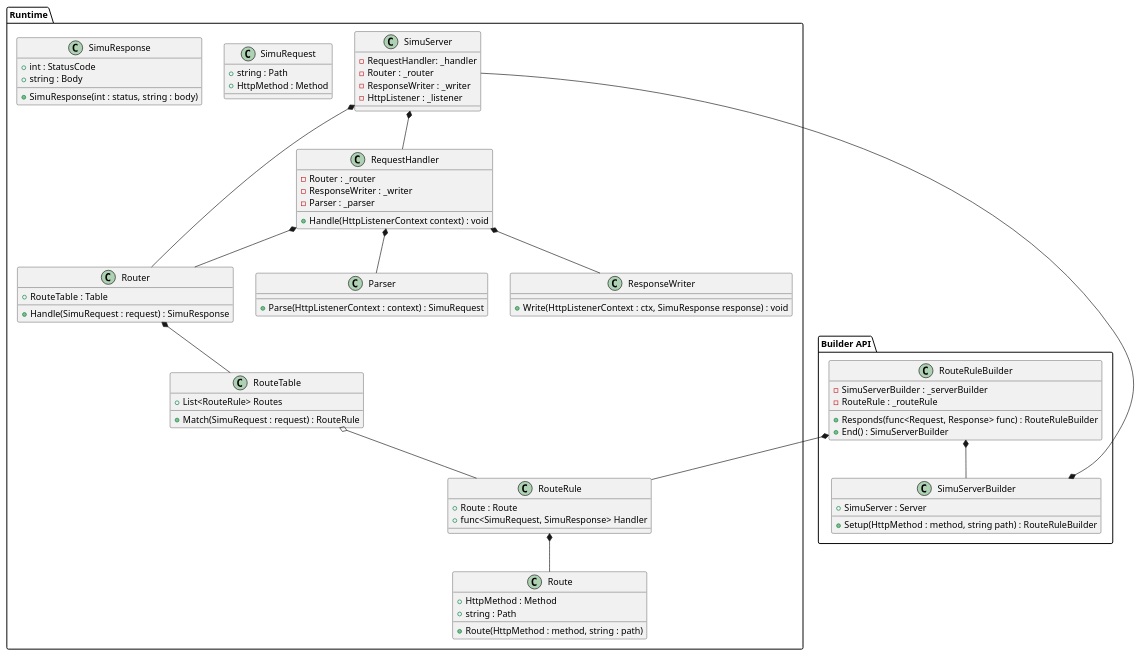
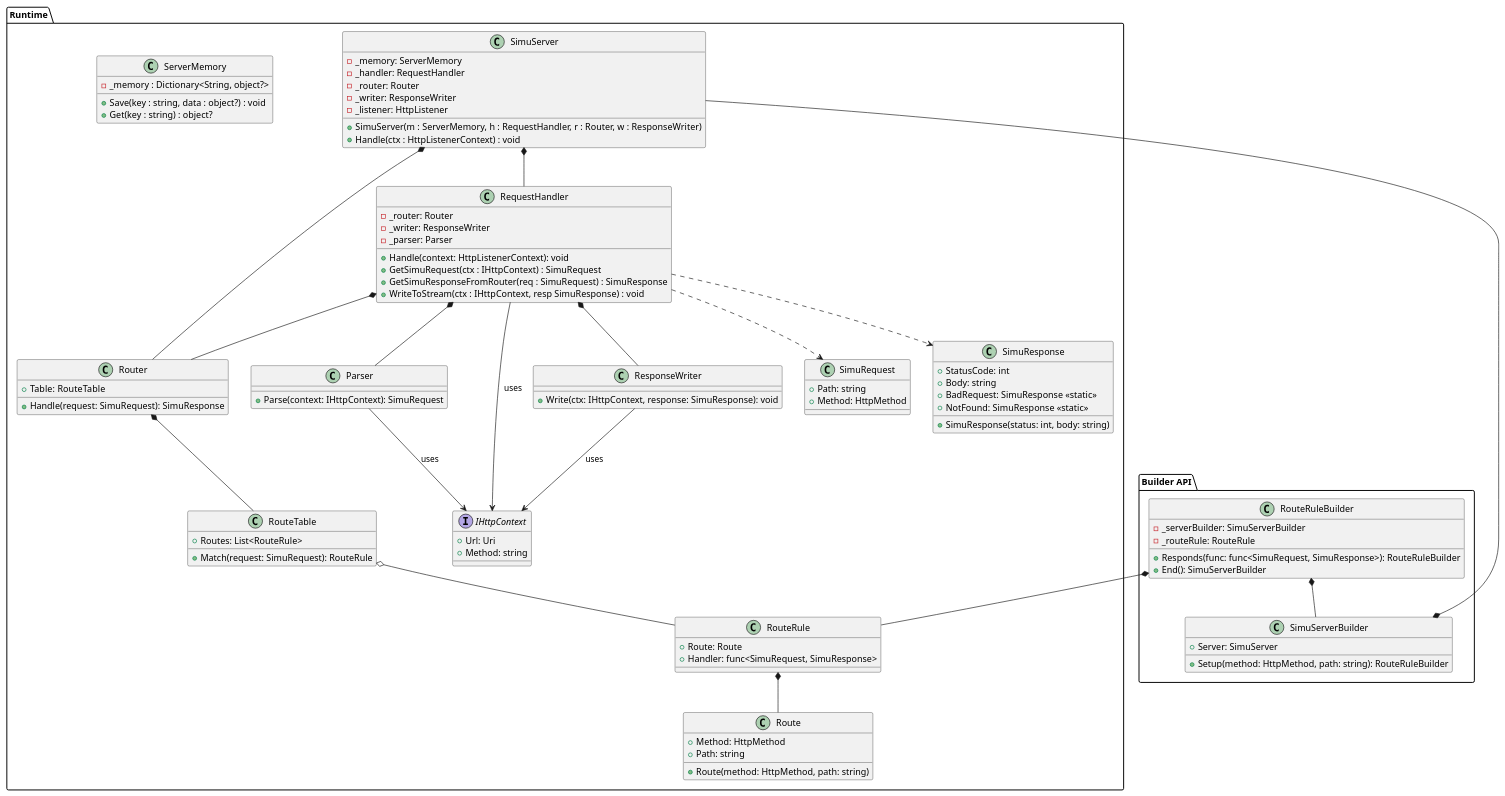
Before and after one commit to Addurezz/SimuRest: the diagram in SimuRest.Core/docs/Class.puml, drawn with PlantUML.

```diff
--- a/SimuRest.Core/docs/Class.puml
+++ b/SimuRest.Core/docs/Class.puml
@@ -1,100 +1,126 @@
 @startuml
 'https://plantuml.com/class-diagram
 
-top to bottom direction
 
 package "Runtime" {
     class SimuServer {
-        - RequestHandler: _handler
-        - Router : _router
-        - ResponseWriter : _writer
-        - HttpListener : _listener
+        - _memory: ServerMemory
+        - _handler: RequestHandler
+        - _router: Router
+        - _writer: ResponseWriter
+        - _listener: HttpListener
+        
+        + SimuServer(m : ServerMemory, h : RequestHandler, r : Router, w : ResponseWriter)
+        + Handle(ctx : HttpListenerContext) : void
+    }
+    
+    class SimuRequest {
+        + Path: string
+        + Method: HttpMethod
+    }
+    class SimuResponse {
+        + StatusCode: int
+        + Body: string
+        + BadRequest: SimuResponse <<static>> 
+        + NotFound: SimuResponse <<static>> 
+        
+        + SimuResponse(status: int, body: string)
     }
     
     class Router {
-        + RouteTable : Table
+        + Table: RouteTable
     
-        + Handle(SimuRequest : request) : SimuResponse
+        + Handle(request: SimuRequest): SimuResponse
     }
     
     class RouteTable {
-        + List<RouteRule> Routes
+        + Routes: List<RouteRule>
         
-        + Match(SimuRequest : request) : RouteRule
+        + Match(request: SimuRequest): RouteRule
     }
     
     class Route {
-        + HttpMethod : Method
-        + string : Path
+        + Method: HttpMethod
+        + Path: string
         
-        + Route(HttpMethod : method, string : path)
+        + Route(method: HttpMethod, path: string)
     }
     
     class RouteRule {
-        + Route : Route
-        + func<SimuRequest, SimuResponse> Handler
+        + Route: Route
+        + Handler: func<SimuRequest, SimuResponse>
     }
     
     
-    class SimuRequest {
-        + string : Path
-        + HttpMethod : Method
-    }
+    class RequestHandler {
+        - _router: Router
+        - _writer: ResponseWriter
+        - _parser: Parser
     
-    class RequestHandler {
-        - Router : _router
-        - ResponseWriter : _writer
-        - Parser : _parser
-    
-        + Handle(HttpListenerContext context) : void
-    }
-    
-    class Parser {
-        + Parse(HttpListenerContext : context) : SimuRequest
+        + Handle(context: HttpListenerContext): void
+        + GetSimuRequest(ctx : IHttpContext) : SimuRequest
+        + GetSimuResponseFromRouter(req : SimuRequest) : SimuResponse
+        + WriteToStream(ctx : IHttpContext, resp SimuResponse) : void
     }
     
     class ResponseWriter {
-        + Write(HttpListenerContext : ctx, SimuResponse response) : void
+        + Write(ctx: IHttpContext, response: SimuResponse): void
+    }
+    class Parser {
+        + Parse(context: IHttpContext): SimuRequest
     }
     
-    class SimuResponse {
-        + int : StatusCode
-        + string : Body
+    
+    
+    interface IHttpContext {
+        + Url: Uri
+        + Method: string
+    }
+    
+    class ServerMemory {
+        - _memory : Dictionary<String, object?> 
         
-        + SimuResponse(int : status, string : body)
+        + Save(key : string, data : object?) : void
+        + Get(key : string) : object? 
     }
+   
 }
 
 package "Builder API" {
     class SimuServerBuilder {
-        + SimuServer : Server
-        + Setup(HttpMethod : method, string path) : RouteRuleBuilder
+        + Server: SimuServer
+        + Setup(method: HttpMethod, path: string): RouteRuleBuilder
     }
     
     class RouteRuleBuilder {
-        - SimuServerBuilder : _serverBuilder
-        - RouteRule : _routeRule
+        - _serverBuilder: SimuServerBuilder
+        - _routeRule: RouteRule
         
-        + Responds(func<Request, Response> func) : RouteRuleBuilder
-        + End() : SimuServerBuilder
+        + Responds(func: func<SimuRequest, SimuResponse>): RouteRuleBuilder
+        + End(): SimuServerBuilder
     }
 }
 
 SimuServer --* SimuServerBuilder
 RouteRuleBuilder *-- SimuServerBuilder
 
 RouteRuleBuilder *-- RouteRule
 RouteRule *-- Route
 
 RequestHandler *-- Router
 Router *-- RouteTable
 RequestHandler *-- ResponseWriter
 RequestHandler *-- Parser
+RequestHandler --> IHttpContext : uses
+RequestHandler ..> SimuRequest
+RequestHandler ..> SimuResponse
+
+Parser --> IHttpContext : uses
+ResponseWriter --> IHttpContext : uses
 
 SimuServer *-- RequestHandler
 SimuServer *-- Router
 
 RouteTable o-- RouteRule
 
-
 @enduml
```
